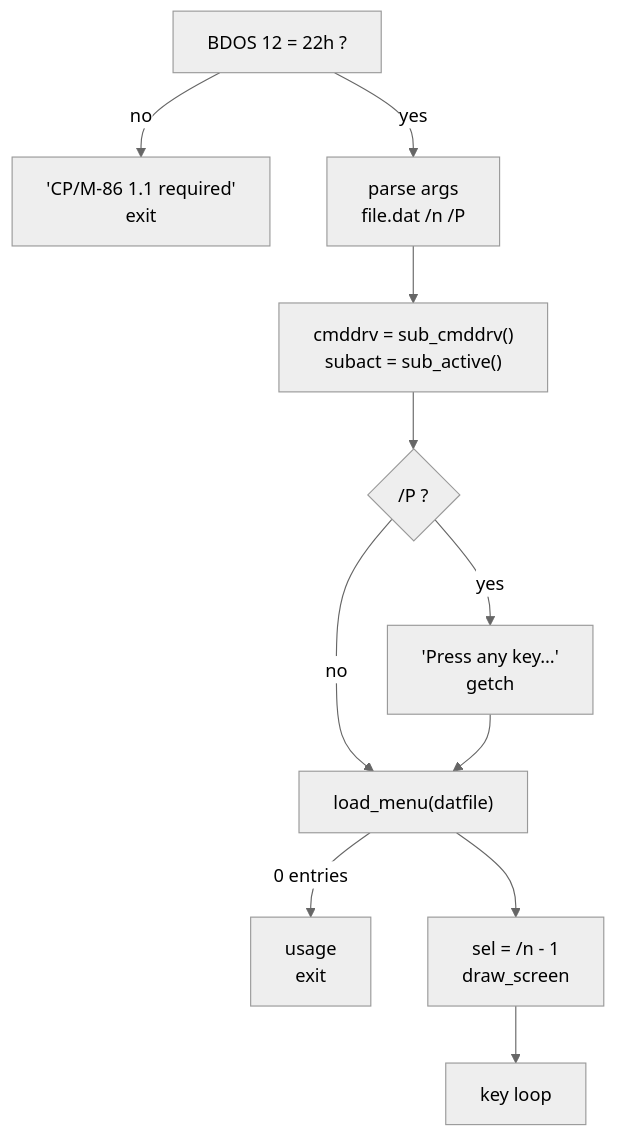
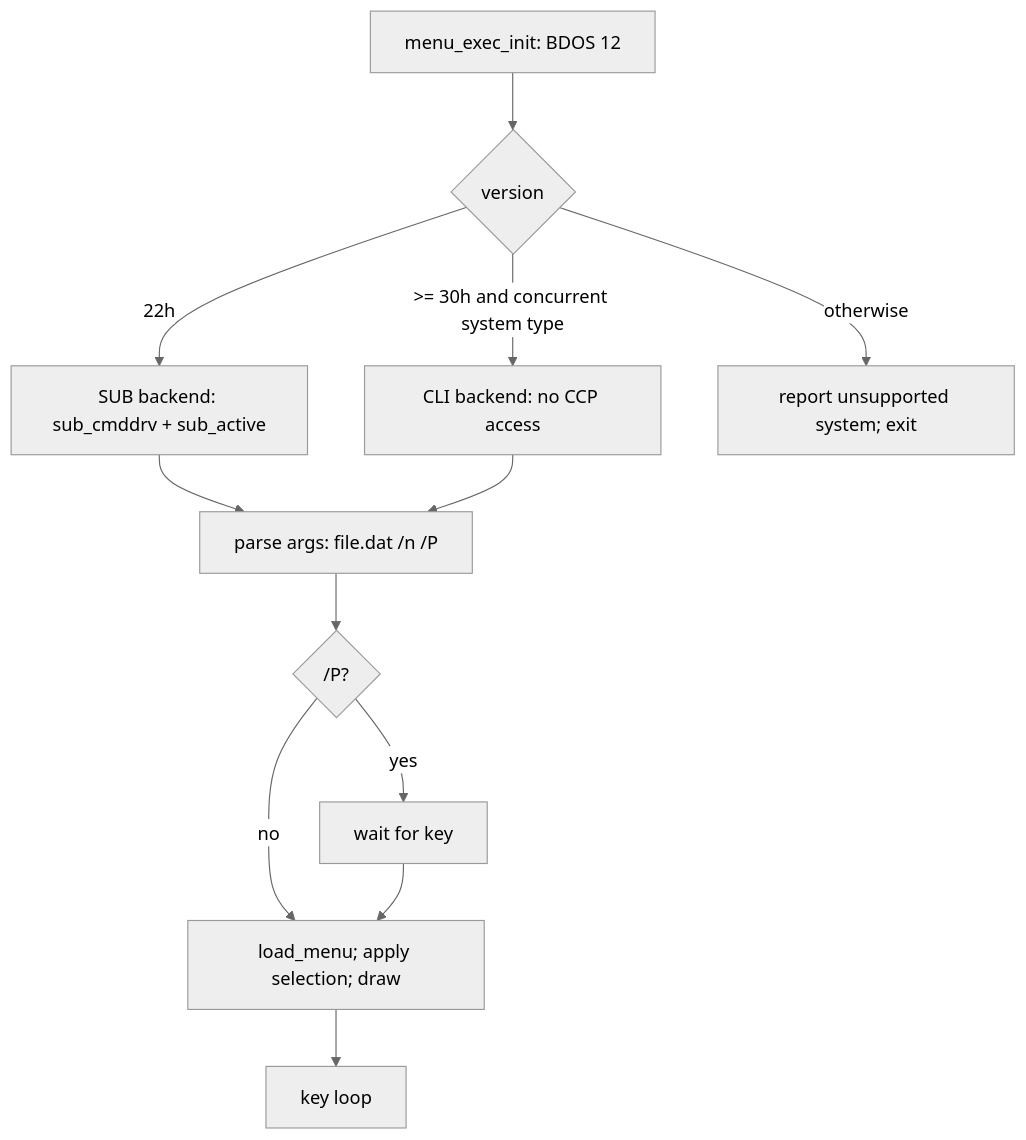
One commit to tsupplis/cpm86-menu changed the second of 6 diagrams in implementation.md. Above: the diagram before and after it, drawn with Mermaid (neutral theme). The commit also changed other lines of this file and 15 other files, not shown here.

````diff
--- a/implementation.md
+++ b/implementation.md
@@ -66,13 +79,14 @@
 ```mermaid
 flowchart TD
-    A["BDOS 12 = 22h ?"] -- no --> X["'CP/M-86 1.1 required'<br/>exit"]
-    A -- yes --> B["parse args<br/>file.dat  /n  /P"]
-    B --> C["cmddrv = sub_cmddrv()<br/>subact = sub_active()"]
-    C --> D{"/P ?"}
-    D -- yes --> E["'Press any key…'<br/>getch"]
-    D -- no --> F
-    E --> F["load_menu(datfile)"]
-    F -- "0 entries" --> Y["usage<br/>exit"]
-    F --> G["sel = /n - 1<br/>draw_screen"]
-    G --> L["key loop"]
+    A["menu_exec_init: BDOS 12"] --> V{"version"}
+    V -- "22h" --> SUB["SUB backend: sub_cmddrv + sub_active"]
+    V -- ">= 30h and concurrent system type" --> CLI["CLI backend: no CCP access"]
+    V -- "otherwise" --> X["report unsupported system; exit"]
+    SUB --> B["parse args: file.dat /n /P"]
+    CLI --> B
+    B --> P{"/P?"}
+    P -- yes --> W["wait for key"]
+    P -- no --> L["load_menu; apply selection; draw"]
+    W --> L
+    L --> K["key loop"]
 ```
````
